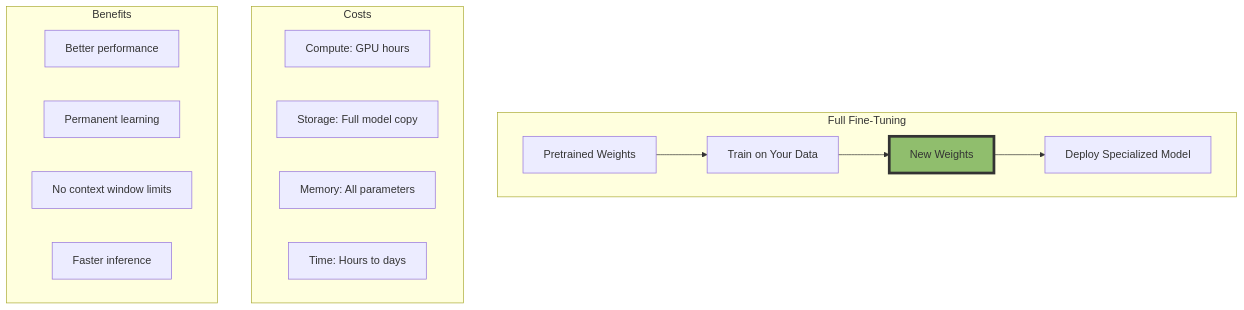
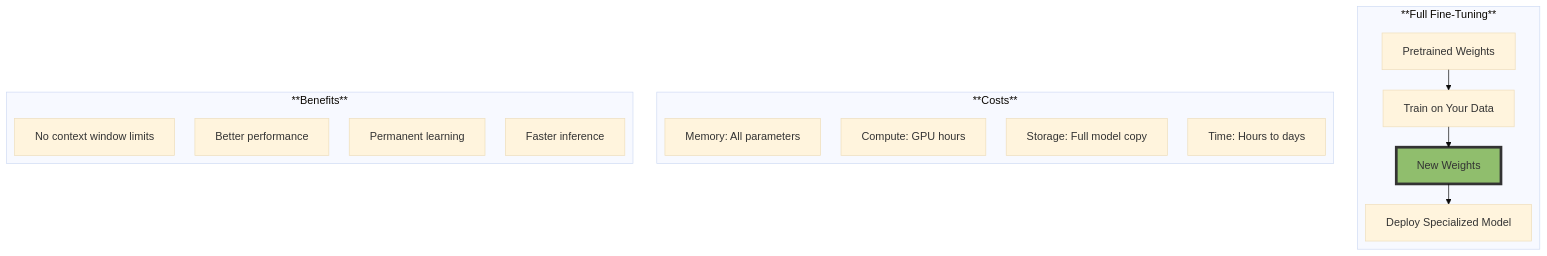
The second of 6 diagrams in The 2026 AI Metromap/The 2026 AI Metromap: Fine-Tuning vs. In-Context Learning – When to Train vs. When to Prompt.md (Vineet-Sharma-Medium-Stories/Medium-Build-Tool), drawn with Mermaid before and after one commit. The commit also changed other lines of this file and 37 other files, not shown here.

````diff
--- a/The 2026 AI Metromap/The 2026 AI Metromap: Fine-Tuning vs. In-Context Learning – When to Train vs. When to Prompt.md
+++ b/The 2026 AI Metromap/The 2026 AI Metromap: Fine-Tuning vs. In-Context Learning – When to Train vs. When to Prompt.md
@@ -211,24 +216,29 @@
 ```mermaid
+---
+config:
+  theme: base
+  layout: elk
+---
 graph TD
-    subgraph "Full Fine-Tuning"
+    subgraph "**Full Fine-Tuning**"
         P[Pretrained Weights] --> T[Train on Your Data]
         T --> N[New Weights]
         N --> D[Deploy Specialized Model]
     end
     
-    subgraph "Costs"
+    subgraph "**Costs**"
         C1[Compute: GPU hours]
         C2[Storage: Full model copy]
         C3[Memory: All parameters]
         C4[Time: Hours to days]
     end
     
-    subgraph "Benefits"
+    subgraph "**Benefits**"
         B1[Better performance]
         B2[Permanent learning]
         B3[No context window limits]
         B4[Faster inference]
     end
     
     style N fill:#90be6d,stroke:#333,stroke-width:4px
 ```
````
